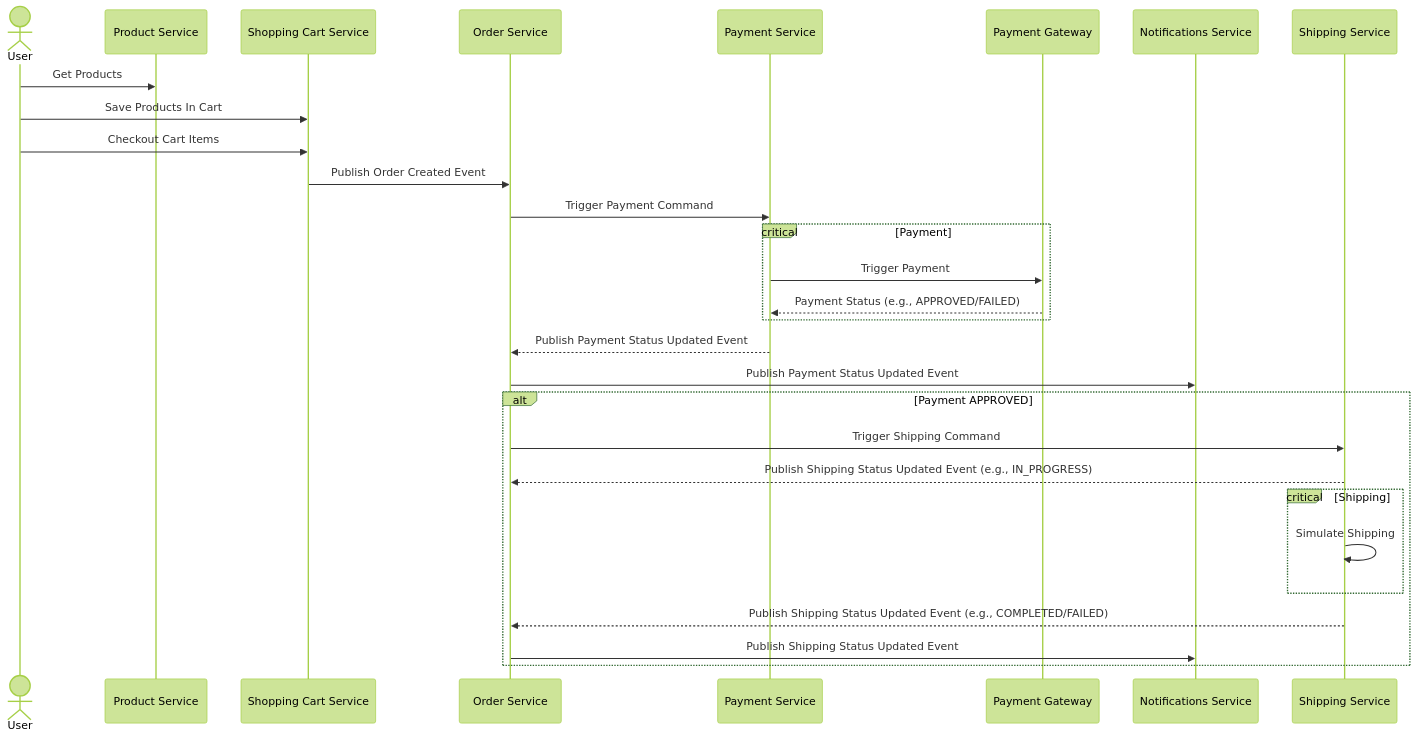
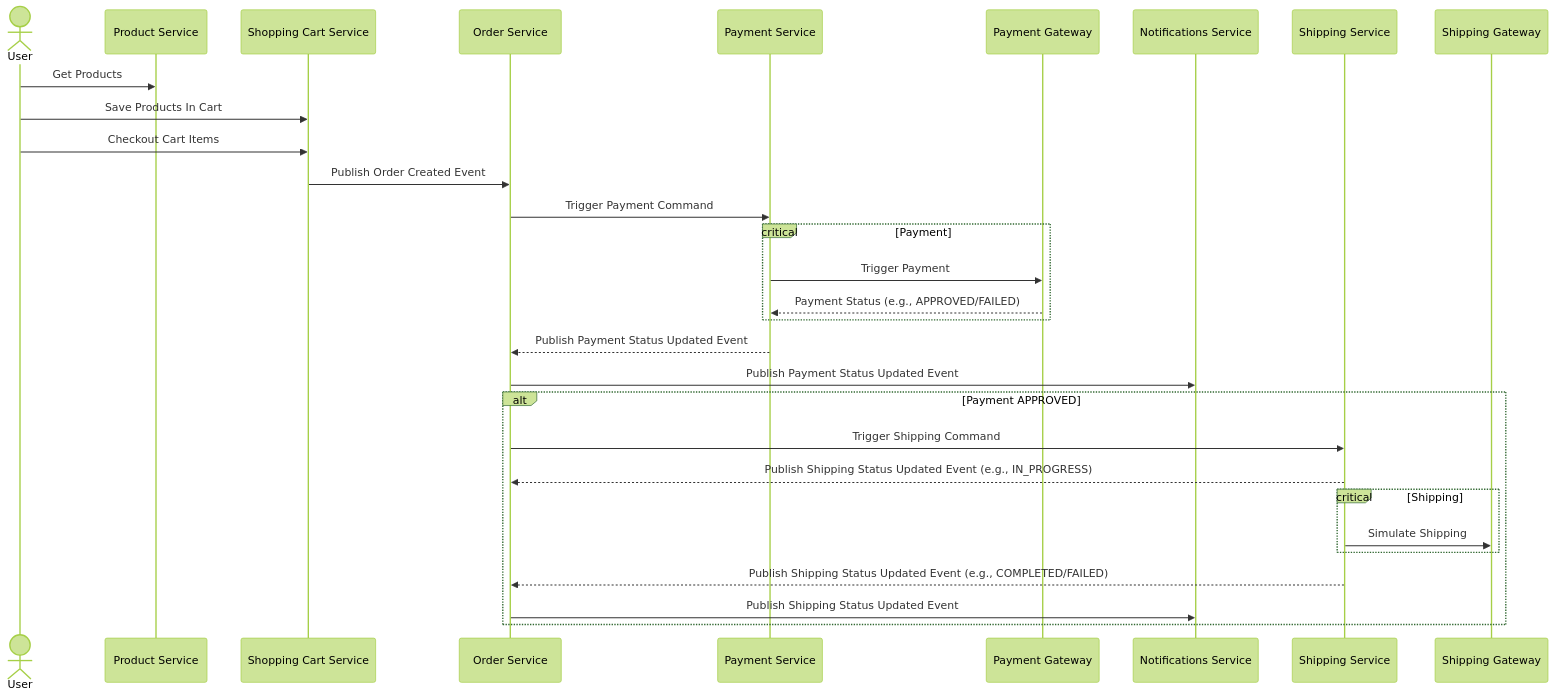
Before and after one commit to ionutbalosin/ecommerce-app: the first of 2 diagrams in README.md, drawn with Mermaid (forest theme). The commit also changed other lines of this file and 47 other files, not shown here.

Commit message:
Update shipping service to a hexagonal architecture

````diff
--- a/README.md
+++ b/README.md
@@ -70,24 +70,24 @@
 ```mermaid
 sequenceDiagram
 actor User
 User->>Product Service: Get Products
 User->>Shopping Cart Service: Save Products In Cart
 User->>Shopping Cart Service: Checkout Cart Items
 Shopping Cart Service->>Order Service: Publish Order Created Event
 Order Service->>Payment Service: Trigger Payment Command
 critical Payment
     Payment Service->>Payment Gateway: Trigger Payment
     Payment Gateway-->>Payment Service: Payment Status (e.g., APPROVED/FAILED)
 end
 Payment Service-->>Order Service: Publish Payment Status Updated Event
 Order Service->>Notifications Service: Publish Payment Status Updated Event
 alt Payment APPROVED
 Order Service->>Shipping Service: Trigger Shipping Command
 Shipping Service-->>Order Service: Publish Shipping Status Updated Event (e.g., IN_PROGRESS)
 critical Shipping
-    Shipping Service->>Shipping Service: Simulate Shipping
+    Shipping Service->>Shipping Gateway: Simulate Shipping
 end
 Shipping Service-->>Order Service: Publish Shipping Status Updated Event (e.g., COMPLETED/FAILED)
 Order Service->>Notifications Service: Publish Shipping Status Updated Event
 end
 ```
````
